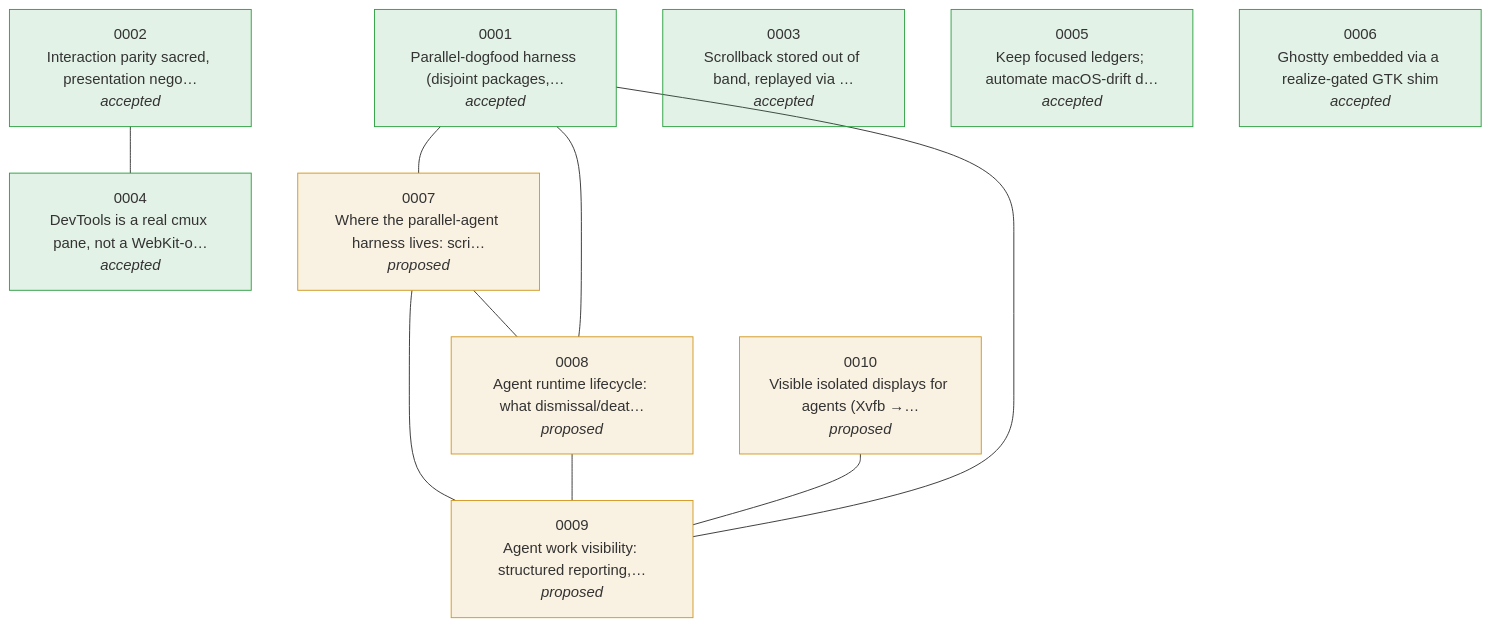
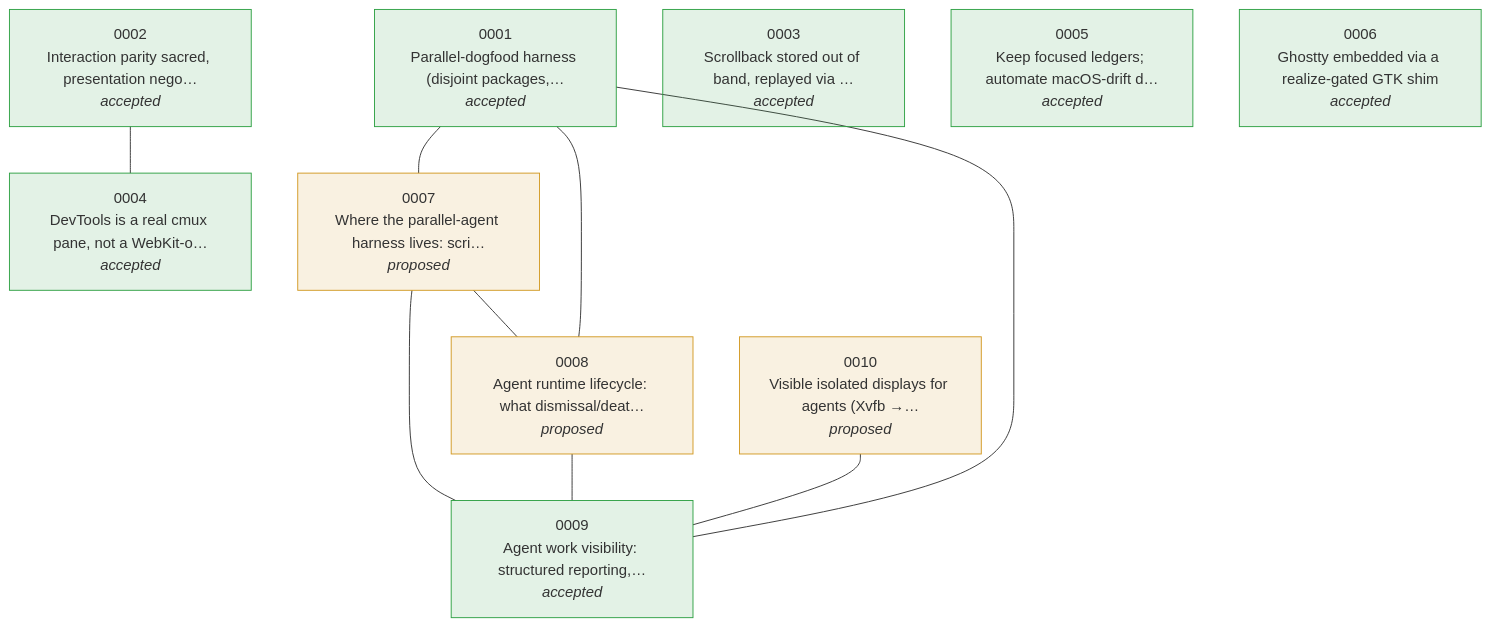
The diagram in docs/linux-port/adr/_overview.md (hiasihaho/cmux), drawn with Mermaid before and after one commit. The commit also changed other lines of this file and 6 other files, not shown here.

First line of the commit message:
harness: implement ADR-0009 — agent work visibility (reports + name<->pane registry)

````diff
--- a/docs/linux-port/adr/_overview.md
+++ b/docs/linux-port/adr/_overview.md
@@ -5,31 +5,31 @@
 ```mermaid
 flowchart TD
     n0001["0001<br/>Parallel-dogfood harness (disjoint packages,…<br/><i>accepted</i>"]
     n0002["0002<br/>Interaction parity sacred, presentation nego…<br/><i>accepted</i>"]
     n0003["0003<br/>Scrollback stored out of band, replayed via …<br/><i>accepted</i>"]
     n0004["0004<br/>DevTools is a real cmux pane, not a WebKit-o…<br/><i>accepted</i>"]
     n0005["0005<br/>Keep focused ledgers; automate macOS-drift d…<br/><i>accepted</i>"]
     n0006["0006<br/>Ghostty embedded via a realize-gated GTK shim<br/><i>accepted</i>"]
     n0007["0007<br/>Where the parallel-agent harness lives: scri…<br/><i>proposed</i>"]
     n0008["0008<br/>Agent runtime lifecycle: what dismissal/deat…<br/><i>proposed</i>"]
-    n0009["0009<br/>Agent work visibility: structured reporting,…<br/><i>proposed</i>"]
+    n0009["0009<br/>Agent work visibility: structured reporting,…<br/><i>accepted</i>"]
     n0010["0010<br/>Visible isolated displays for agents (Xvfb →…<br/><i>proposed</i>"]
     n0001 --- n0007
     n0002 --- n0004
     n0007 --- n0008
     n0007 --- n0009
     n0008 --- n0001
     n0008 --- n0009
     n0009 --- n0001
     n0010 --- n0009
     style n0001 fill:#2ea04322,stroke:#2ea043
     style n0002 fill:#2ea04322,stroke:#2ea043
     style n0003 fill:#2ea04322,stroke:#2ea043
     style n0004 fill:#2ea04322,stroke:#2ea043
     style n0005 fill:#2ea04322,stroke:#2ea043
     style n0006 fill:#2ea04322,stroke:#2ea043
     style n0007 fill:#d2992222,stroke:#d29922
     style n0008 fill:#d2992222,stroke:#d29922
-    style n0009 fill:#d2992222,stroke:#d29922
+    style n0009 fill:#2ea04322,stroke:#2ea043
     style n0010 fill:#d2992222,stroke:#d29922
 ```
````
